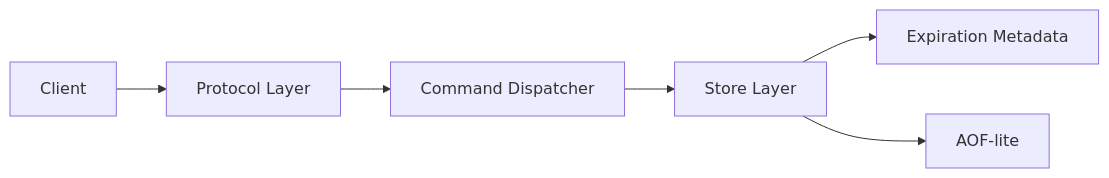
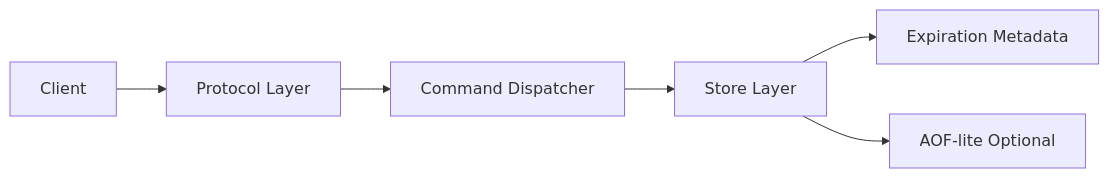
The diagram in docs/02-architecture.md (chaekang/WEEK3_Mini_Redis), drawn with Mermaid before and after one commit. The commit also changed other lines of this file and 3 other files, not shown here.

````diff
--- a/docs/02-architecture.md
+++ b/docs/02-architecture.md
@@ -11,8 +11,8 @@
 ```mermaid
 flowchart LR
     C[Client] --> P[Protocol Layer]
     P --> D[Command Dispatcher]
     D --> S[Store Layer]
     S --> E[Expiration Metadata]
-    S --> A[AOF-lite]
+    S --> A[AOF-lite Optional]
 ```
````
